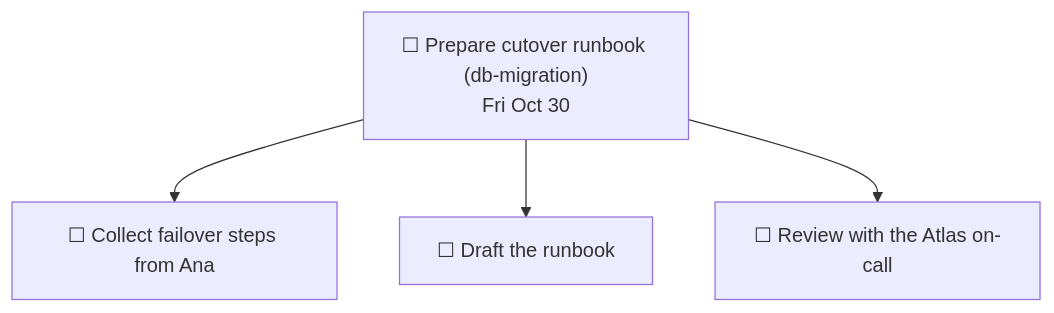
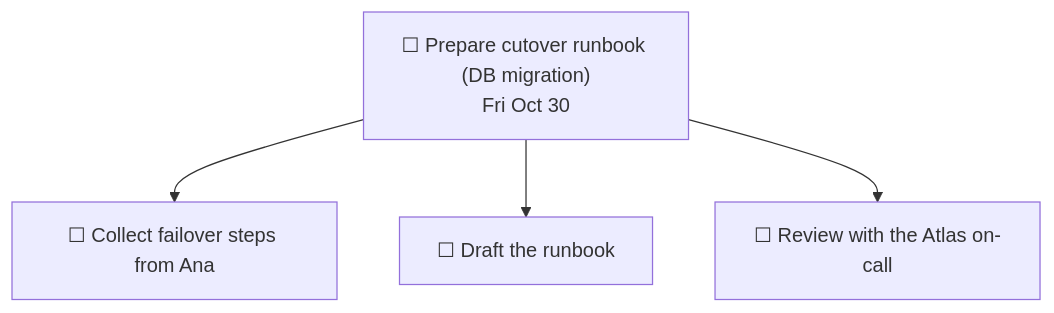
One commit to dcop7/tips_and_guides changed the fourth of 5 diagrams in workflow/example-workspace.md. Above: the diagram before and after it, drawn with Mermaid. The commit also changed other lines of this file, not shown here.

````diff
--- a/workflow/example-workspace.md
+++ b/workflow/example-workspace.md
@@ -615,6 +652,6 @@
 ```mermaid
 flowchart TD
-    P["☐ Prepare cutover runbook (db-migration)<br/>Fri Oct 30"] --> S1["☐ Collect failover steps from Ana"]
+    P["☐ Prepare cutover runbook (DB migration)<br/>Fri Oct 30"] --> S1["☐ Collect failover steps from Ana"]
     P --> S2["☐ Draft the runbook"]
     P --> S3["☐ Review with the Atlas on-call"]
 ```
````
